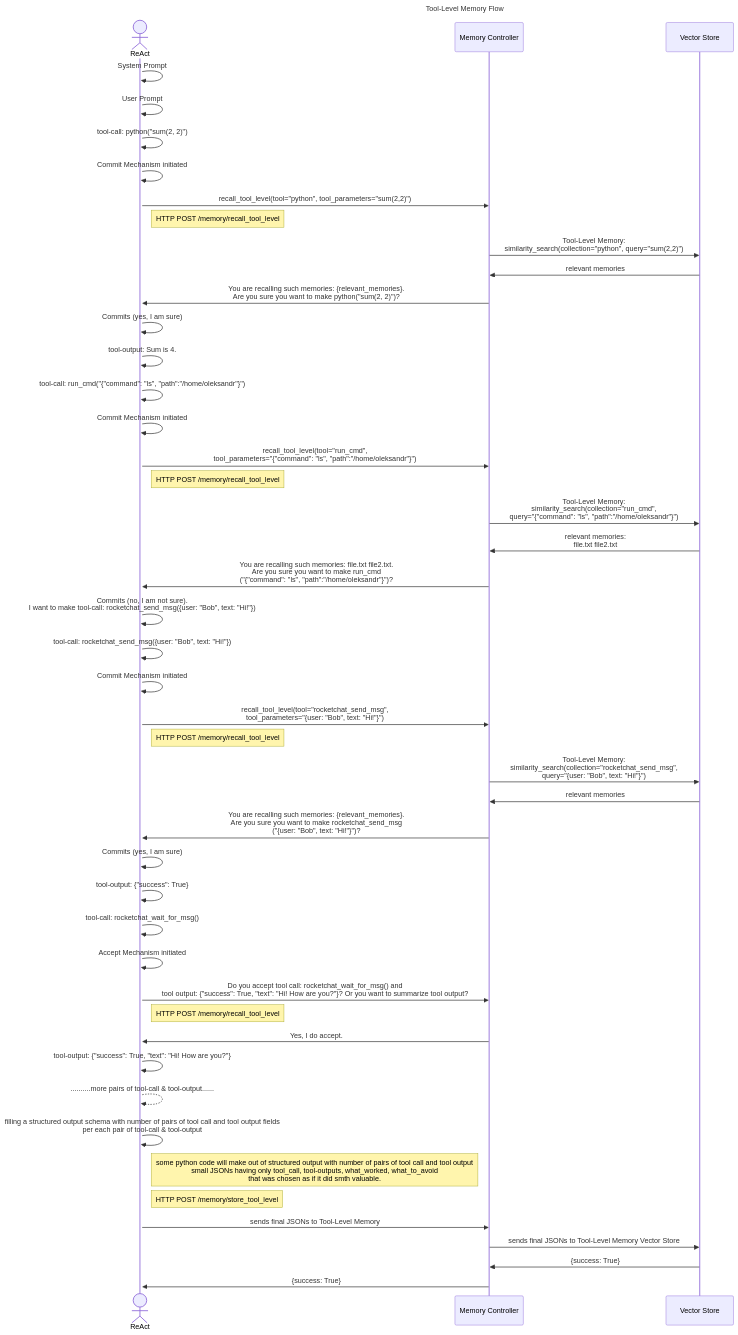
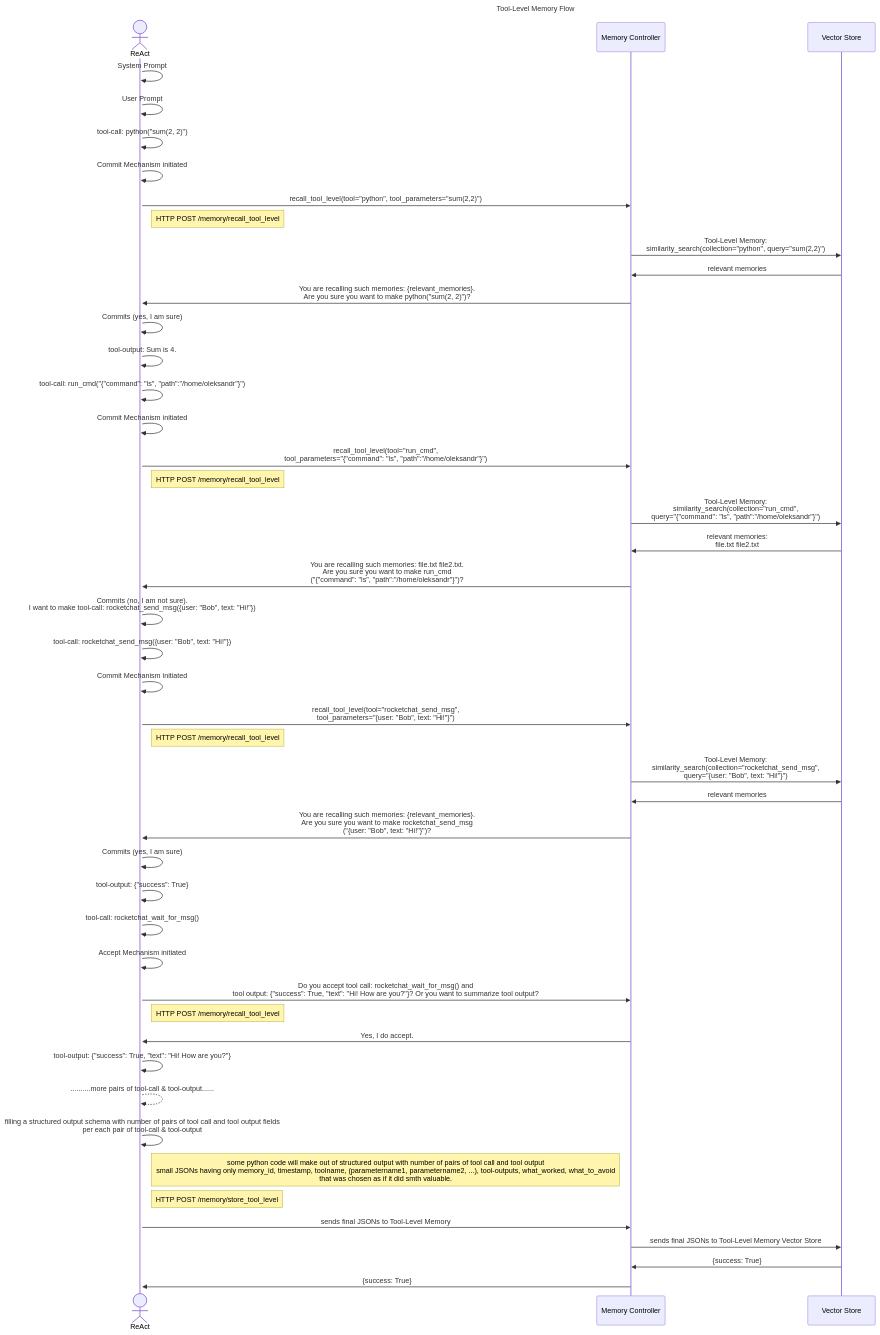
One commit to oshulha/agentic_playground changed the diagram in agent_memory/my_memory_spec.md. Above: the diagram before and after it, drawn with Mermaid. The commit also changed other lines of this file, not shown here.

Commit message:
very early version of Episodic Memory

````diff
--- a/agent_memory/my_memory_spec.md
+++ b/agent_memory/my_memory_spec.md
@@ -392,82 +392,82 @@
 ```mermaid
 %%{init: {'themeVariables': { 
     'fontSize': '28px',
     'sequenceNumberFontSize': '28px',
 }}}%%
 sequenceDiagram
     title Tool-Level Memory Flow
 
     actor ReAct
     participant MC as Memory Controller
     participant VS as Vector Store
 
     activate ReAct
 
     ReAct->>ReAct: System Prompt
     ReAct->>ReAct: User Prompt
     ReAct->>ReAct: tool-call: python("sum(2, 2)")
     ReAct->>ReAct: Commit Mechanism initiated
 
     ReAct->>MC: recall_tool_level(tool="python", tool_parameters="sum(2,2)")
     Note right of ReAct: HTTP POST /memory/recall_tool_level
 
     MC->>VS: Tool-Level Memory:<br/>similarity_search(collection="python", query="sum(2,2)")
     VS->>MC: relevant memories
 
     MC->>ReAct: You are recalling such memories: {relevant_memories}.<br/>Are you sure you want to make python("sum(2, 2)")?
 
     ReAct->>ReAct: Commits (yes, I am sure)
     ReAct->>ReAct: tool-output: Sum is 4.
 
     ReAct->>ReAct: tool-call: run_cmd("{"command": "ls", "path":"/home/oleksandr"}")
 
     ReAct->>ReAct: Commit Mechanism initiated
 
     ReAct->>MC: recall_tool_level(tool="run_cmd",<br/>tool_parameters="{"command": "ls", "path":"/home/oleksandr"}")
     Note right of ReAct: HTTP POST /memory/recall_tool_level
 
     MC->>VS: Tool-Level Memory:<br/>similarity_search(collection="run_cmd",<br/>query="{"command": "ls", "path":"/home/oleksandr"}")
 
     VS->>MC: relevant memories:<br/>file.txt file2.txt
 
     MC->>ReAct: You are recalling such memories: file.txt file2.txt.<br/>Are you sure you want to make run_cmd<br/>("{"command": "ls", "path":"/home/oleksandr"}")?
 
     ReAct->>ReAct: Commits (no, I am not sure).<br/>I want to make tool-call: rocketchat_send_msg({user: "Bob", text: "Hi!"})
 
     ReAct->>ReAct: tool-call: rocketchat_send_msg({user: "Bob", text: "Hi!"})
     ReAct->>ReAct: Commit Mechanism initiated
 
     ReAct->>MC: recall_tool_level(tool="rocketchat_send_msg",<br/>tool_parameters="{user: "Bob", text: "Hi!"}")
     Note right of ReAct: HTTP POST /memory/recall_tool_level
 
     MC->>VS: Tool-Level Memory:<br/>similarity_search(collection="rocketchat_send_msg",<br/>query="{user: "Bob", text: "Hi!"}")
 
     VS->>MC: relevant memories
 
     MC->>ReAct: You are recalling such memories: {relevant_memories}.<br/>Are you sure you want to make rocketchat_send_msg<br/>("{user: "Bob", text: "Hi!"}")?
 
     ReAct->>ReAct: Commits (yes, I am sure)
     ReAct->>ReAct: tool-output: {"success": True}
 
     ReAct->>ReAct: tool-call: rocketchat_wait_for_msg()
     ReAct->>ReAct: Accept Mechanism initiated
 
     ReAct->>MC: Do you accept tool call: rocketchat_wait_for_msg() and<br/> tool output: {"success": True, "text": "Hi! How are you?"}? Or you want to summarize tool output?
     Note right of ReAct: HTTP POST /memory/recall_tool_level
 
     MC->>ReAct: Yes, I do accept.
 
     ReAct->>ReAct: tool-output: {"success": True, "text": "Hi! How are you?"}
 
     ReAct-->>ReAct: ..........more pairs of tool-call & tool-output......
 
     ReAct->>ReAct: filling a structured output schema with number of pairs of tool call and tool output fields<br/>per each pair of tool-call & tool-output
 
-    Note right of ReAct: some python code will make out of structured output with number of pairs of tool call and tool output<br/>small JSONs having only tool_call, tool-outputs, what_worked, what_to_avoid<br/>that was chosen as if it did smth valuable.
+    Note right of ReAct: some python code will make out of structured output with number of pairs of tool call and tool output<br/>small JSONs having only memory_id, timestamp, toolname, (parametername1, parametername2, ...), tool-outputs, what_worked, what_to_avoid<br/>that was chosen as if it did smth valuable.
     Note right of ReAct: HTTP POST /memory/store_tool_level
 
     ReAct->>MC: sends final JSONs to Tool-Level Memory
     MC->>VS: sends final JSONs to Tool-Level Memory Vector Store
     VS->>MC: {success: True}
     MC->>ReAct: {success: True}
 ```
````
